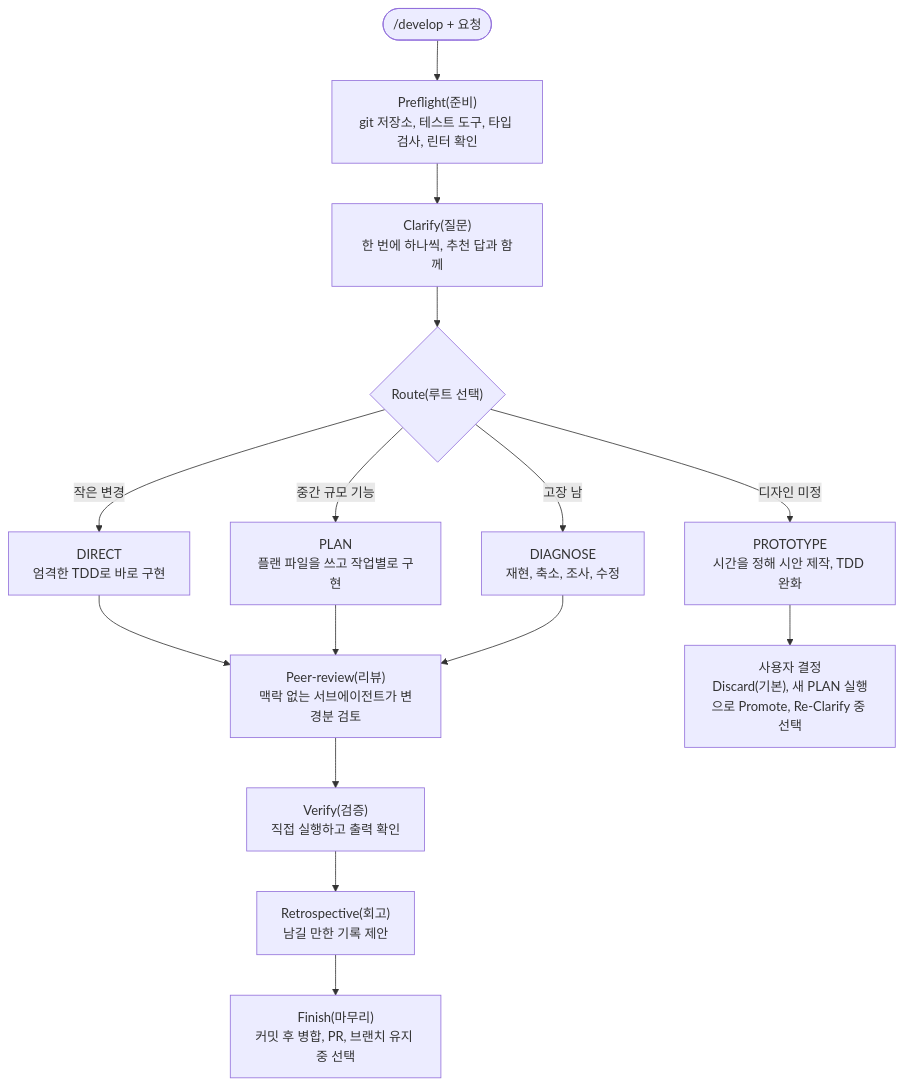
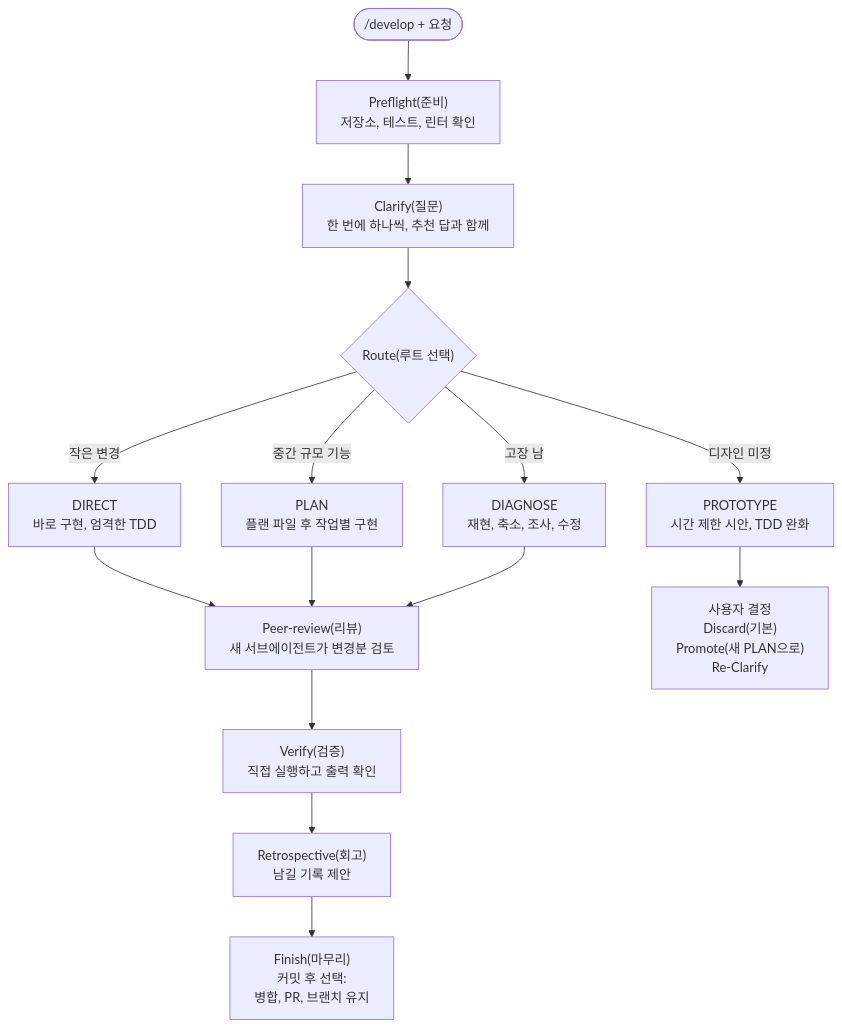
One commit to jameskyeong/jameskill changed the first of 3 diagrams in README.ko.md. Above: the diagram before and after it, drawn with Mermaid. The commit also changed other lines of this file and 1 other file, not shown here.

Commit message:
docs: widen and restyle the README diagrams
GitHub's Mermaid wrapped node text at a narrow width, so Korean words
broke mid-word. Raise the wrapping width, shorten the Korean labels, and
replace the hard grey drop shadow with a soft tinted one, gradient node
borders, rounded corners, and fills taken from GitHub's own theme colors
so the diagrams sit cleanly in both light and dark mode.

````diff
--- a/README.ko.md
+++ b/README.ko.md
@@ -30,15 +30,16 @@
 ```mermaid
+%%{init: {"flowchart": {"wrappingWidth": 320}, "themeVariables": {"useGradient": true, "gradientStart": "#8b93ff", "gradientStop": "#4fc3b4"}, "themeCSS": ".node rect, .node polygon, .node path { fill: var(--bgColor-muted, #f6f8fa) !important; filter: drop-shadow(0 6px 16px rgba(99, 102, 241, 0.18)) !important; } .node rect { rx: 10px; ry: 10px; } .cluster rect { fill: var(--bgColor-default, #ffffff) !important; filter: none !important; rx: 14px; ry: 14px; } .cluster-label, .cluster-label span, .cluster-label p { color: var(--fgColor-muted, #59636e) !important; } .edgeLabel, .edgeLabel p, .edgeLabel span, .labelBkg { background-color: var(--bgColor-default, #ffffff) !important; color: var(--fgColor-muted, #59636e) !important; }"}}%%
 flowchart TD
-    A(["/develop + 요청"]) --> B["Preflight(준비)<br/>git 저장소, 테스트 도구, 타입 검사, 린터 확인"]
+    A(["/develop + 요청"]) --> B["Preflight(준비)<br/>저장소, 테스트, 린터 확인"]
     B --> C["Clarify(질문)<br/>한 번에 하나씩, 추천 답과 함께"]
     C --> D{"Route(루트 선택)"}
-    D -->|"작은 변경"| E["DIRECT<br/>엄격한 TDD로 바로 구현"]
-    D -->|"중간 규모 기능"| F["PLAN<br/>플랜 파일을 쓰고 작업별로 구현"]
+    D -->|"작은 변경"| E["DIRECT<br/>바로 구현, 엄격한 TDD"]
+    D -->|"중간 규모 기능"| F["PLAN<br/>플랜 파일 후 작업별 구현"]
     D -->|"고장 남"| G["DIAGNOSE<br/>재현, 축소, 조사, 수정"]
-    D -->|"디자인 미정"| H["PROTOTYPE<br/>시간을 정해 시안 제작, TDD 완화"]
-    E & F & G --> I["Peer-review(리뷰)<br/>맥락 없는 서브에이전트가 변경분 검토"]
+    D -->|"디자인 미정"| H["PROTOTYPE<br/>시간 제한 시안, TDD 완화"]
+    E & F & G --> I["Peer-review(리뷰)<br/>새 서브에이전트가 변경분 검토"]
     I --> J["Verify(검증)<br/>직접 실행하고 출력 확인"]
-    J --> K["Retrospective(회고)<br/>남길 만한 기록 제안"]
-    K --> L["Finish(마무리)<br/>커밋 후 병합, PR, 브랜치 유지 중 선택"]
-    H --> M["사용자 결정<br/>Discard(기본), 새 PLAN 실행으로 Promote, Re-Clarify 중 선택"]
+    J --> K["Retrospective(회고)<br/>남길 기록 제안"]
+    K --> L["Finish(마무리)<br/>커밋 후 선택:<br/>병합, PR, 브랜치 유지"]
+    H --> M["사용자 결정<br/>Discard(기본)<br/>Promote(새 PLAN으로)<br/>Re-Clarify"]
 ```
````
